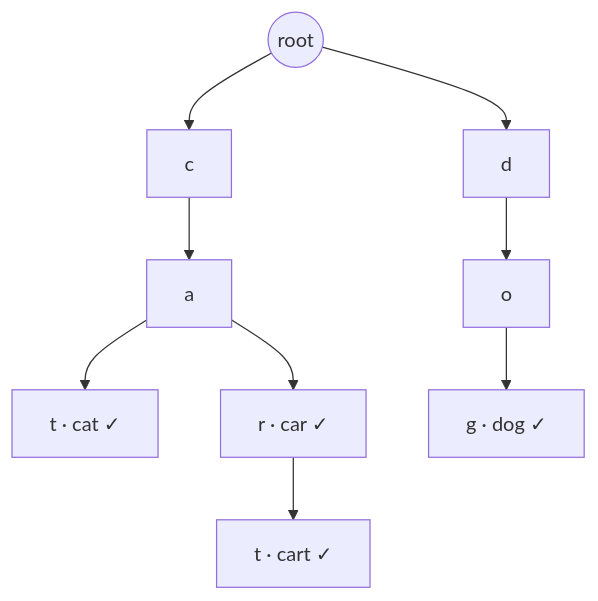
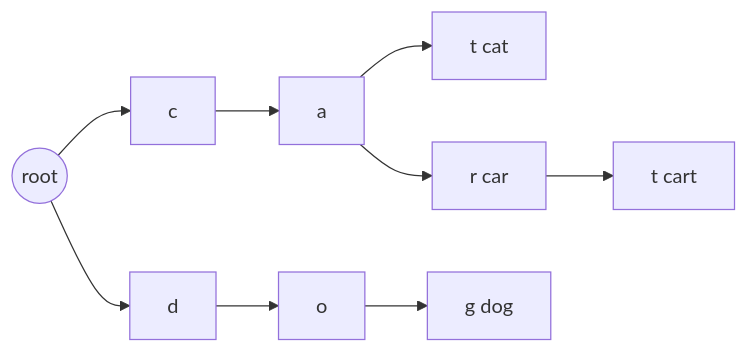
One commit to hareramcse/SystemDesign changed the seventh of 15 diagrams in 13-advanced-topics/README.md. Above: the diagram before and after it, drawn with Mermaid. The commit also changed other lines of this file, not shown here.

````diff
--- a/13-advanced-topics/README.md
+++ b/13-advanced-topics/README.md
@@ -1041,11 +1063,11 @@
 ```mermaid
-flowchart TB
+flowchart LR
     Root((root)) --> C[c]
     C --> A[a]
-    A --> T[t · cat ✓]
-    A --> R[r · car ✓]
-    R --> T2[t · cart ✓]
+    A --> Tcat[t cat]
+    A --> Rcar[r car]
+    Rcar --> Tcart[t cart]
     Root --> D[d]
     D --> O[o]
-    O --> G[g · dog ✓]
+    O --> G[g dog]
 ```
````
